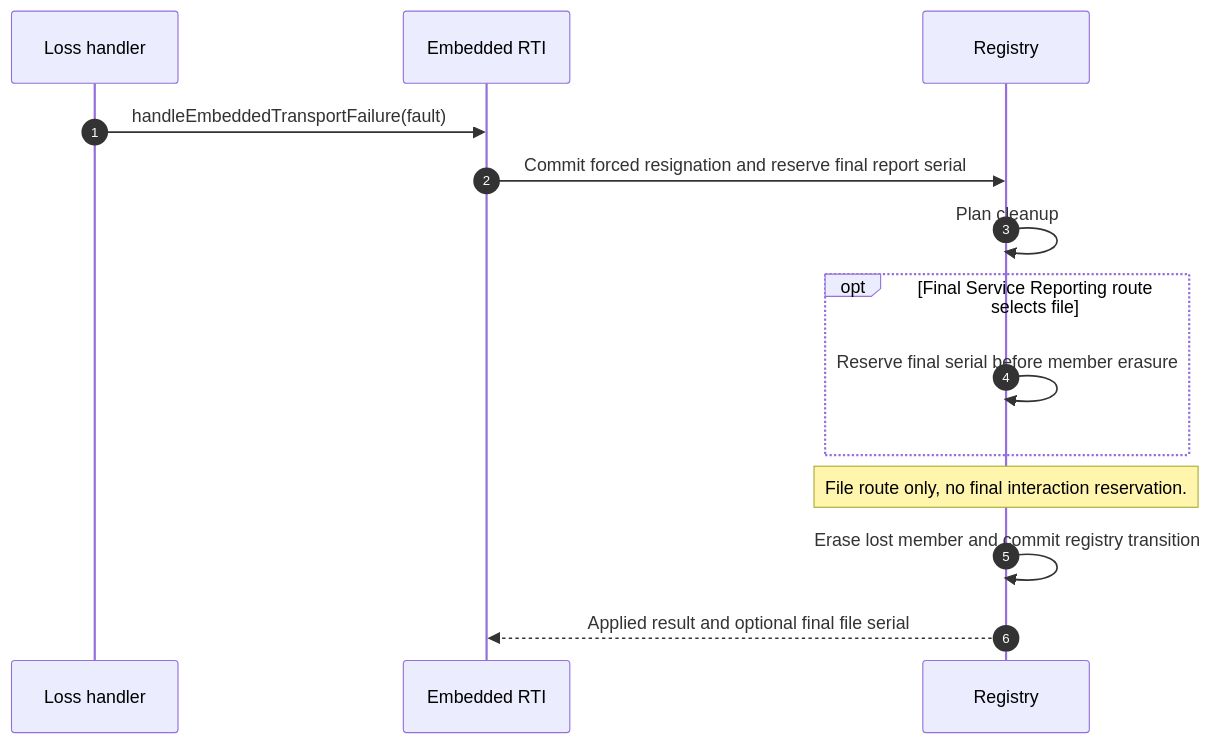
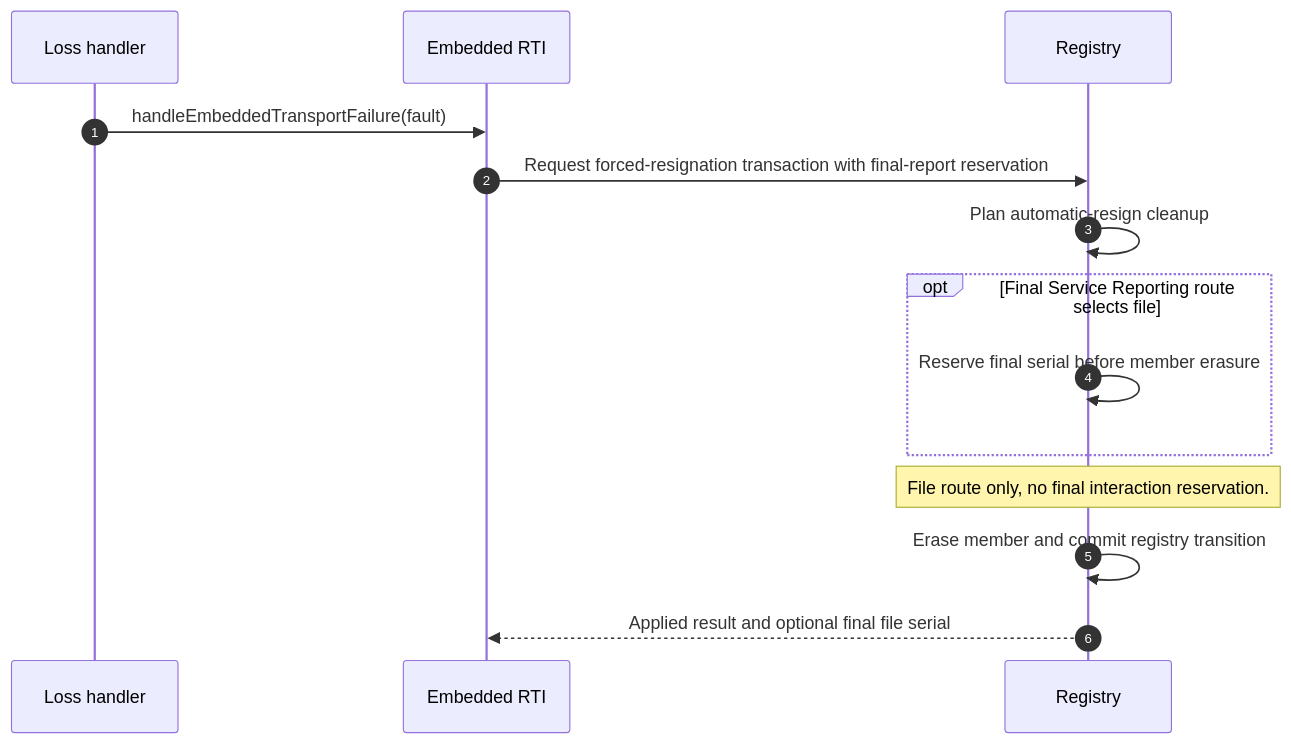
Before and after one commit to sheepfling/umbra: diagram 16 of 17 in docs/design/HLA-2025-SERVICE-INVOCATION-REPORTING-FLOW-GUIDE.md, drawn with Mermaid. The commit also changed other lines of this file and 21 other files, not shown here.

Commit message:
docs: publish 2025 HLA flow guide update

````diff
--- a/docs/design/HLA-2025-SERVICE-INVOCATION-REPORTING-FLOW-GUIDE.md
+++ b/docs/design/HLA-2025-SERVICE-INVOCATION-REPORTING-FLOW-GUIDE.md
@@ -731,17 +1203,17 @@
 ```mermaid
 sequenceDiagram
   autonumber
   participant Loss as Loss handler
   participant RTI as Embedded RTI
   participant Registry as Registry
 
   Loss->>RTI: handleEmbeddedTransportFailure(fault)
-  RTI->>Registry: Commit forced resignation and reserve final report serial
-  Registry->>Registry: Plan cleanup
+  RTI->>Registry: Request forced-resignation transaction with final-report reservation
+  Registry->>Registry: Plan automatic-resign cleanup
   opt Final Service Reporting route selects file
     Registry->>Registry: Reserve final serial before member erasure
   end
   Note over Registry: File route only, no final interaction reservation.
-  Registry->>Registry: Erase lost member and commit registry transition
+  Registry->>Registry: Erase member and commit registry transition
   Registry-->>RTI: Applied result and optional final file serial
 ```
````
